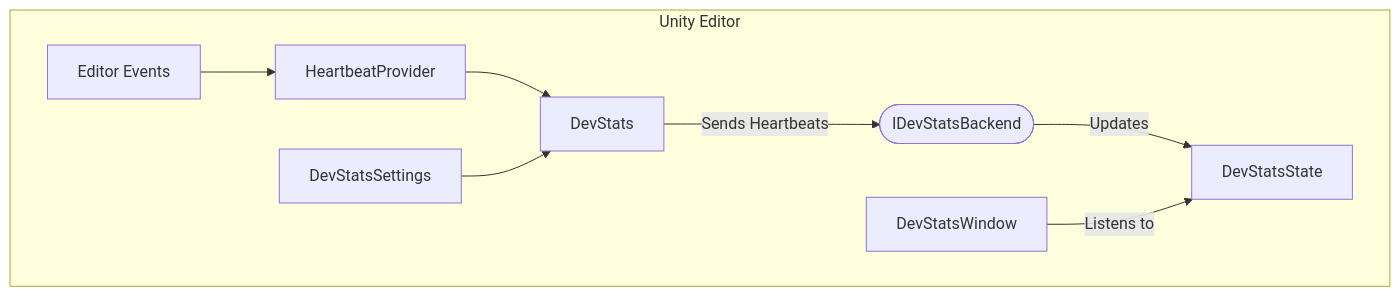
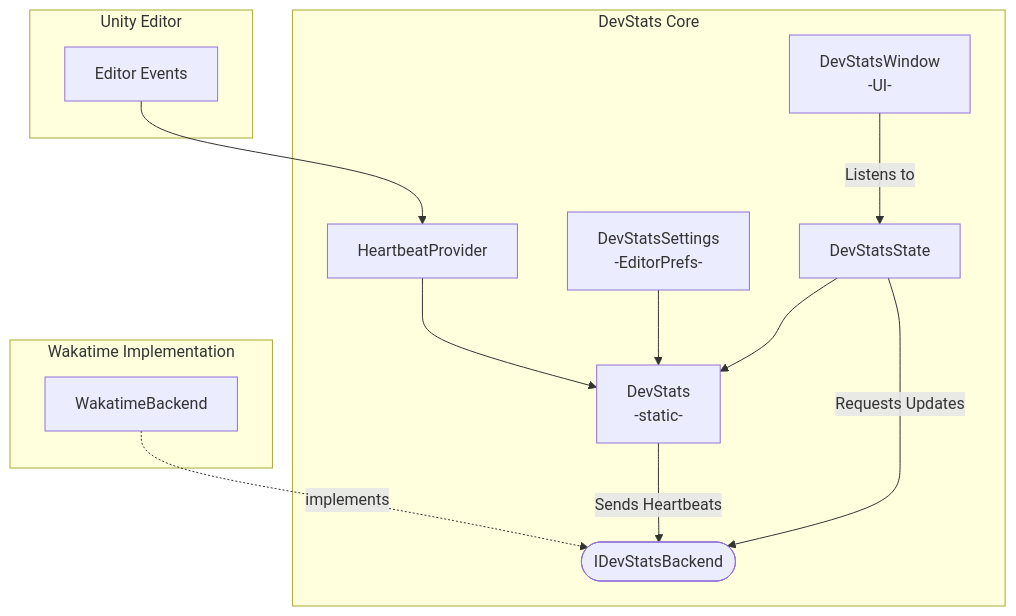
Before and after one commit to hs-pp/hamsando.github.io: the diagram in _projects/08-devstats.md, drawn with Mermaid. The commit also changed other lines of this file and 3 other files, not shown here.

````diff
--- a/_projects/08-devstats.md
+++ b/_projects/08-devstats.md
@@ -32,18 +34,26 @@
 ```mermaid
 flowchart TD
     subgraph Unity Editor
         Editor[Editor Events]
+    end
+    subgraph DevStats Core
+        DevStatsCore[DevStats\n-static-]
         HeartbeatProvider[HeartbeatProvider]
-        DevStatsCore[DevStats]
-        Settings[DevStatsSettings]
+        Settings[DevStatsSettings\n-EditorPrefs-]
         State[DevStatsState]
         IBackend([IDevStatsBackend])
-        Window[DevStatsWindow]
+        Window[DevStatsWindow\n-UI-]
+    end
+    subgraph Wakatime Implementation
+        WakaImpl[WakatimeBackend]
+    end
 
-        Editor --> HeartbeatProvider --> DevStatsCore
-        Settings --> DevStatsCore
-        DevStatsCore -- Sends Heartbeats --> IBackend
-        IBackend -- Updates --> State
-        Window -- Listens to --> State
-    end
+    Editor --> HeartbeatProvider --> DevStatsCore
+    Settings --> DevStatsCore
+    State --> DevStatsCore
+    State -- Requests Updates --> IBackend
+    WakaImpl -. implements .-> IBackend
+    DevStatsCore -- Sends Heartbeats --> IBackend
+    Window -- Listens to  --> State
+
 ```
````
